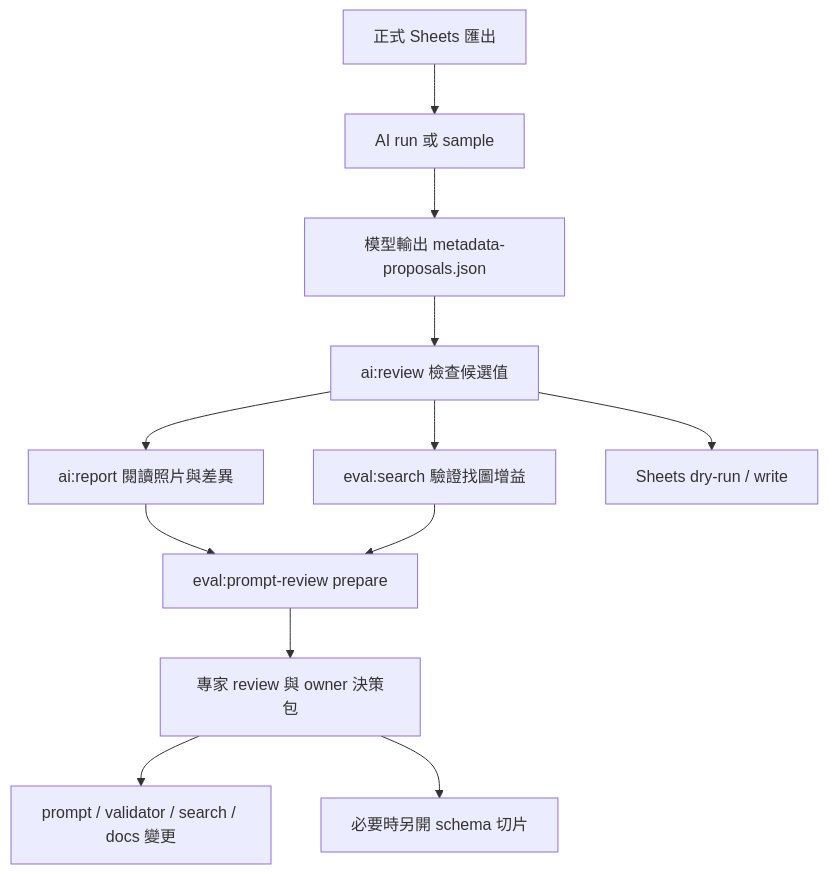
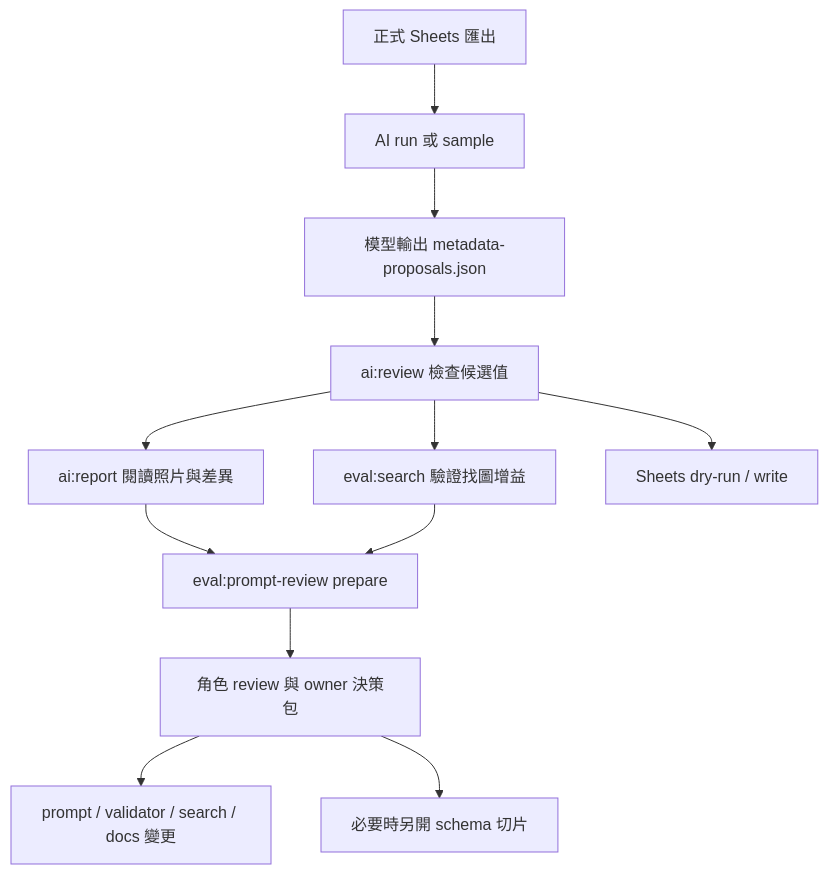
One commit to sitcon-tw/flickr-photo-finder changed the second of 2 diagrams in docs/README.md. Above: the diagram before and after it, drawn with Mermaid. The commit also changed other lines of this file and 2 other files, not shown here.

Commit message:
docs: clarify prompt review provenance expectations

````diff
--- a/docs/README.md
+++ b/docs/README.md
@@ -79,14 +79,14 @@
 ```mermaid
 flowchart TD
   A["正式 Sheets 匯出"] --> B["AI run 或 sample"]
   B --> C["模型輸出 metadata-proposals.json"]
   C --> D["ai:review 檢查候選值"]
   D --> E["ai:report 閱讀照片與差異"]
   D --> F["eval:search 驗證找圖增益"]
   E --> G["eval:prompt-review prepare"]
   F --> G
-  G --> H["專家 review 與 owner 決策包"]
+  G --> H["角色 review 與 owner 決策包"]
   H --> I["prompt / validator / search / docs 變更"]
   H --> J["必要時另開 schema 切片"]
   D --> K["Sheets dry-run / write"]
 ```
````
